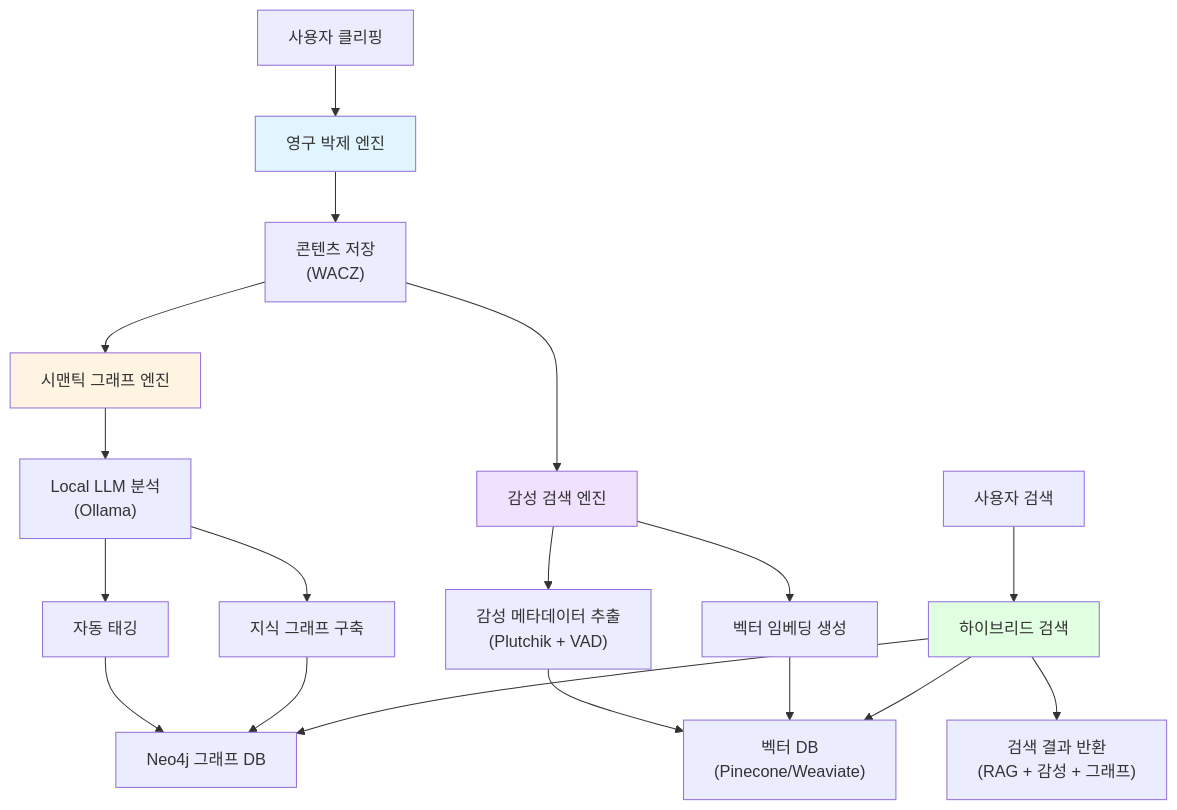
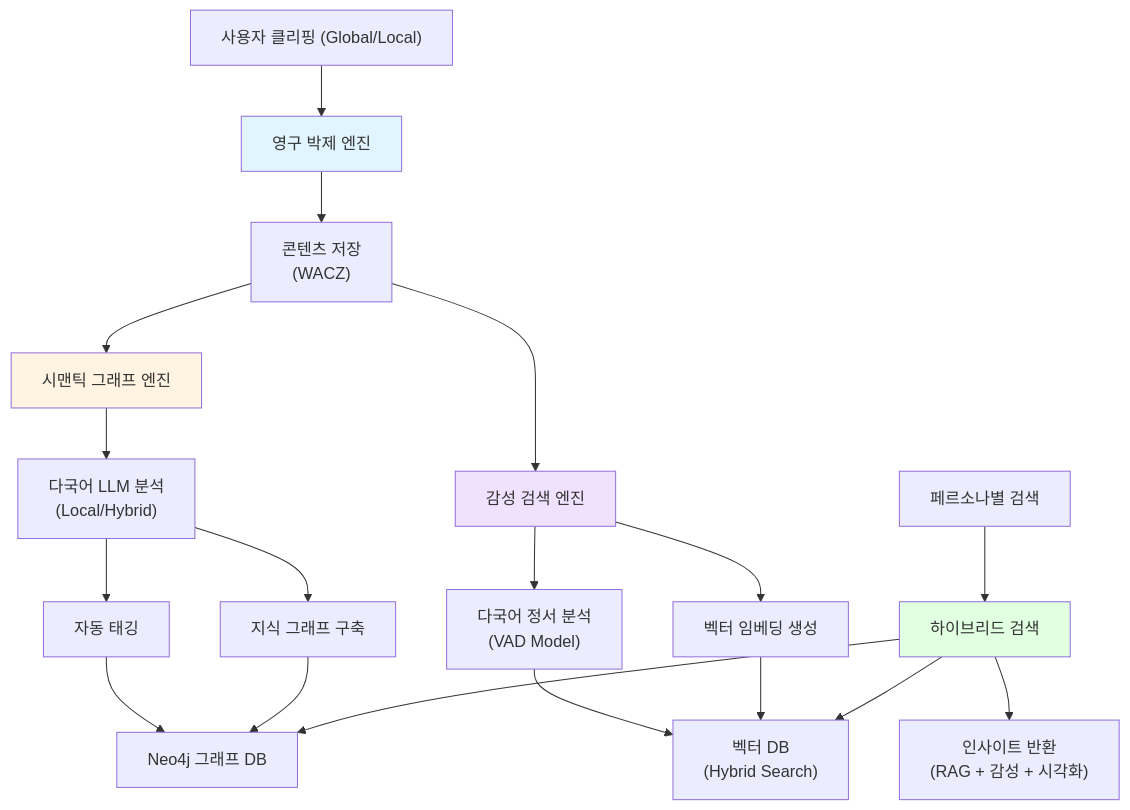
One commit to gus2902/new_learn changed the first of 4 diagrams in docs/프로젝트/output/PHASE5-서비스제안/PHASE5-Step4-시각화통합-2026-01-10.md. Above: the diagram before and after it, drawn with Mermaid. The commit also changed other lines of this file and 25 other files, not shown here.

````diff
--- a/docs/프로젝트/output/PHASE5-서비스제안/PHASE5-Step4-시각화통합-2026-01-10.md
+++ b/docs/프로젝트/output/PHASE5-서비스제안/PHASE5-Step4-시각화통합-2026-01-10.md
@@ -19,29 +15,29 @@
 ```mermaid
 graph TB
-    A["사용자 클리핑"] --> B["영구 박제 엔진"]
+    A["사용자 클리핑 (Global/Local)"] --> B["영구 박제 엔진"]
     B --> C["콘텐츠 저장<br/>(WACZ)"]
     
     C --> D["시맨틱 그래프 엔진"]
-    D --> E["Local LLM 분석<br/>(Ollama)"]
+    D --> E["다국어 LLM 분석<br/>(Local/Hybrid)"]
     E --> F["자동 태깅"]
     E --> G["지식 그래프 구축"]
     
     C --> H["감성 검색 엔진"]
-    H --> I["감성 메타데이터 추출<br/>(Plutchik + VAD)"]
+    H --> I["다국어 정서 분석<br/>(VAD Model)"]
     H --> J["벡터 임베딩 생성"]
     
     F --> K["Neo4j 그래프 DB"]
     G --> K
-    I --> L["벡터 DB<br/>(Pinecone/Weaviate)"]
+    I --> L["벡터 DB<br/>(Hybrid Search)"]
     J --> L
     
-    M["사용자 검색"] --> N["하이브리드 검색"]
+    M["페르소나별 검색"] --> N["하이브리드 검색"]
     N --> K
     N --> L
-    N --> O["검색 결과 반환<br/>(RAG + 감성 + 그래프)"]
+    N --> O["인사이트 반환<br/>(RAG + 감성 + 시각화)"]
     
     style B fill:#e1f5ff
     style D fill:#fff4e1
     style H fill:#f0e1ff
     style N fill:#e1ffe1
 ```
````
